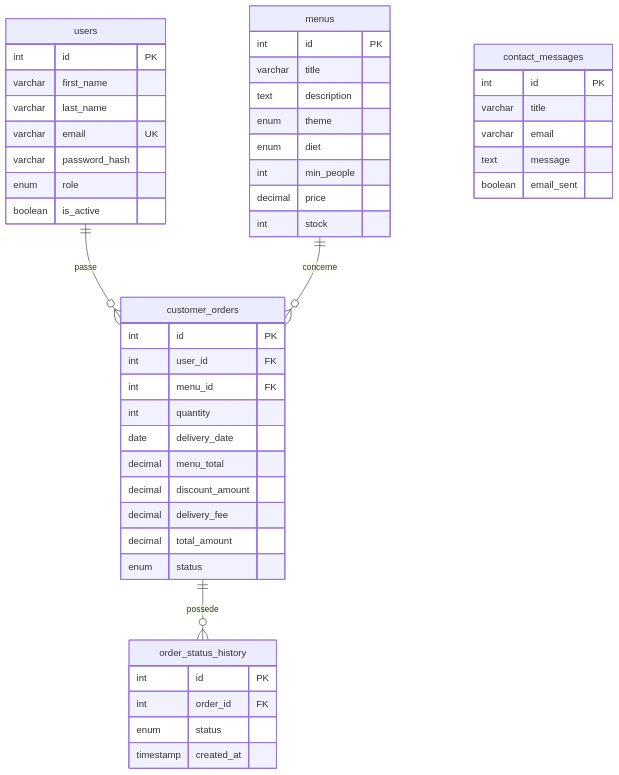
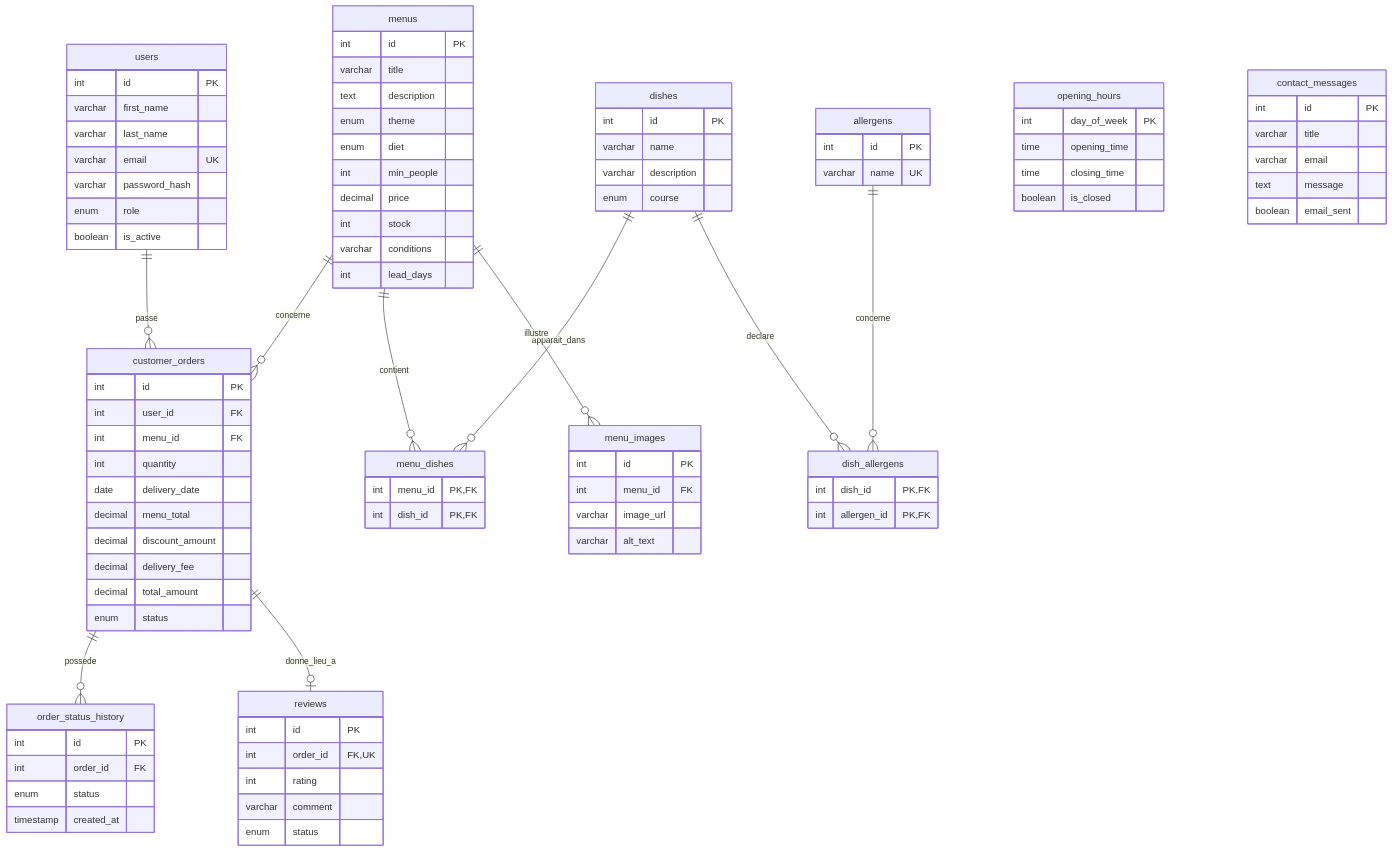
One commit to Albresik/vite-gourmand changed the diagram in docs/SCHEMA_RELATIONNEL.md. Above: the diagram before and after it, drawn with Mermaid. The commit also changed other lines of this file and 20 other files, not shown here.

```diff
--- a/docs/SCHEMA_RELATIONNEL.md
+++ b/docs/SCHEMA_RELATIONNEL.md
@@ -7,6 +7,12 @@
     users ||--o{ customer_orders : passe
     menus ||--o{ customer_orders : concerne
     customer_orders ||--o{ order_status_history : possede
+    menus ||--o{ menu_dishes : contient
+    dishes ||--o{ menu_dishes : apparait_dans
+    dishes ||--o{ dish_allergens : declare
+    allergens ||--o{ dish_allergens : concerne
+    menus ||--o{ menu_images : illustre
+    customer_orders ||--o| reviews : donne_lieu_a
 
     users {
         int id PK
@@ -26,6 +32,45 @@
         int min_people
         decimal price
         int stock
+        varchar conditions
+        int lead_days
+    }
+    dishes {
+        int id PK
+        varchar name
+        varchar description
+        enum course
+    }
+    menu_dishes {
+        int menu_id PK, FK
+        int dish_id PK, FK
+    }
+    allergens {
+        int id PK
+        varchar name UK
+    }
+    dish_allergens {
+        int dish_id PK, FK
+        int allergen_id PK, FK
+    }
+    menu_images {
+        int id PK
+        int menu_id FK
+        varchar image_url
+        varchar alt_text
+    }
+    reviews {
+        int id PK
+        int order_id FK, UK
+        int rating
+        varchar comment
+        enum status
+    }
+    opening_hours {
+        int day_of_week PK
+        time opening_time
+        time closing_time
+        boolean is_closed
     }
     customer_orders {
         int id PK
```
